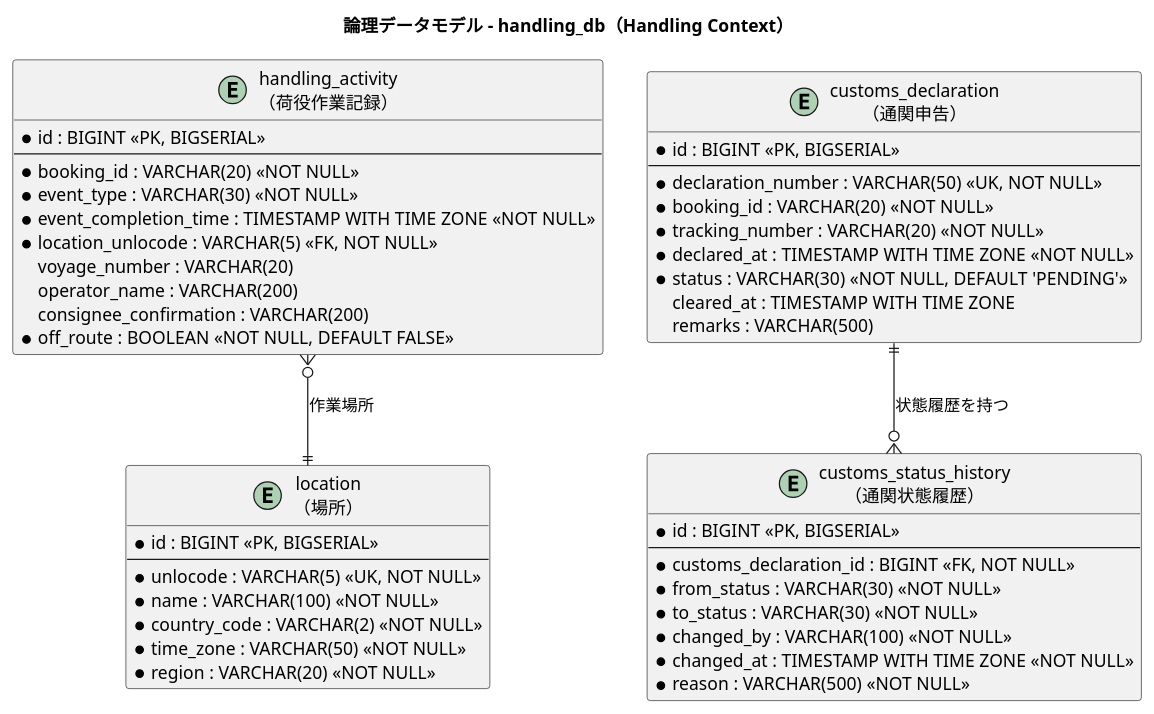
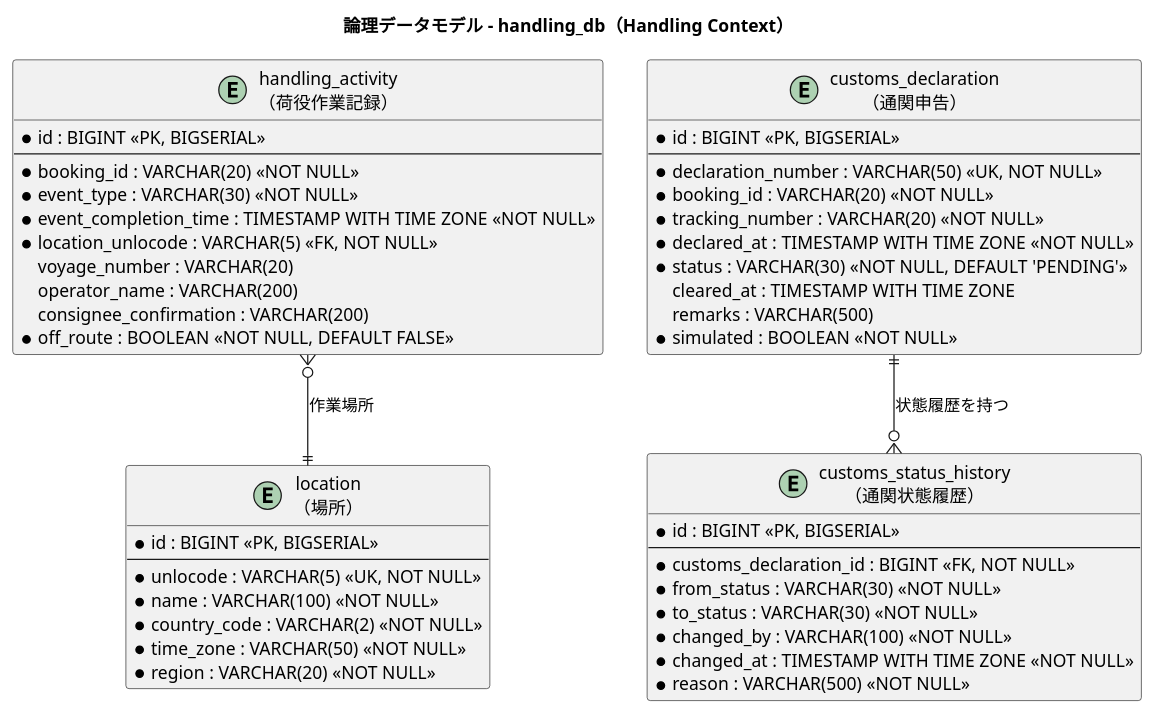
The sixth of 7 diagrams in docs/design/data-model.md (k2works/case-study-cargo-tracker), drawn with PlantUML before and after one commit. The commit also changed other lines of this file and 16 other files, not shown here.

````diff
--- a/docs/design/data-model.md
+++ b/docs/design/data-model.md
@@ -722,55 +728,56 @@
 ```plantuml
 @startuml
 title 論理データモデル - handling_db（Handling Context）
 
 entity "location\n（場所）" as location {
   * id : BIGINT <<PK, BIGSERIAL>>
   --
   * unlocode : VARCHAR(5) <<UK, NOT NULL>>
   * name : VARCHAR(100) <<NOT NULL>>
   * country_code : VARCHAR(2) <<NOT NULL>>
   * time_zone : VARCHAR(50) <<NOT NULL>>
   * region : VARCHAR(20) <<NOT NULL>>
 }
 
 entity "handling_activity\n（荷役作業記録）" as handling_activity {
   * id : BIGINT <<PK, BIGSERIAL>>
   --
   * booking_id : VARCHAR(20) <<NOT NULL>>
   * event_type : VARCHAR(30) <<NOT NULL>>
   * event_completion_time : TIMESTAMP WITH TIME ZONE <<NOT NULL>>
   * location_unlocode : VARCHAR(5) <<FK, NOT NULL>>
   voyage_number : VARCHAR(20)
   operator_name : VARCHAR(200)
   consignee_confirmation : VARCHAR(200)
   * off_route : BOOLEAN <<NOT NULL, DEFAULT FALSE>>
 }
 
 entity "customs_declaration\n（通関申告）" as customs_declaration {
   * id : BIGINT <<PK, BIGSERIAL>>
   --
   * declaration_number : VARCHAR(50) <<UK, NOT NULL>>
   * booking_id : VARCHAR(20) <<NOT NULL>>
   * tracking_number : VARCHAR(20) <<NOT NULL>>
   * declared_at : TIMESTAMP WITH TIME ZONE <<NOT NULL>>
   * status : VARCHAR(30) <<NOT NULL, DEFAULT 'PENDING'>>
   cleared_at : TIMESTAMP WITH TIME ZONE
   remarks : VARCHAR(500)
+  * simulated : BOOLEAN <<NOT NULL>>
 }
 
 entity "customs_status_history\n（通関状態履歴）" as customs_status_history {
   * id : BIGINT <<PK, BIGSERIAL>>
   --
   * customs_declaration_id : BIGINT <<FK, NOT NULL>>
   * from_status : VARCHAR(30) <<NOT NULL>>
   * to_status : VARCHAR(30) <<NOT NULL>>
   * changed_by : VARCHAR(100) <<NOT NULL>>
   * changed_at : TIMESTAMP WITH TIME ZONE <<NOT NULL>>
   * reason : VARCHAR(500) <<NOT NULL>>
 }
 
 customs_declaration ||--o{ customs_status_history : "状態履歴を持つ"
 handling_activity }o--|| location : "作業場所"
 
 @enduml
 ```
````
